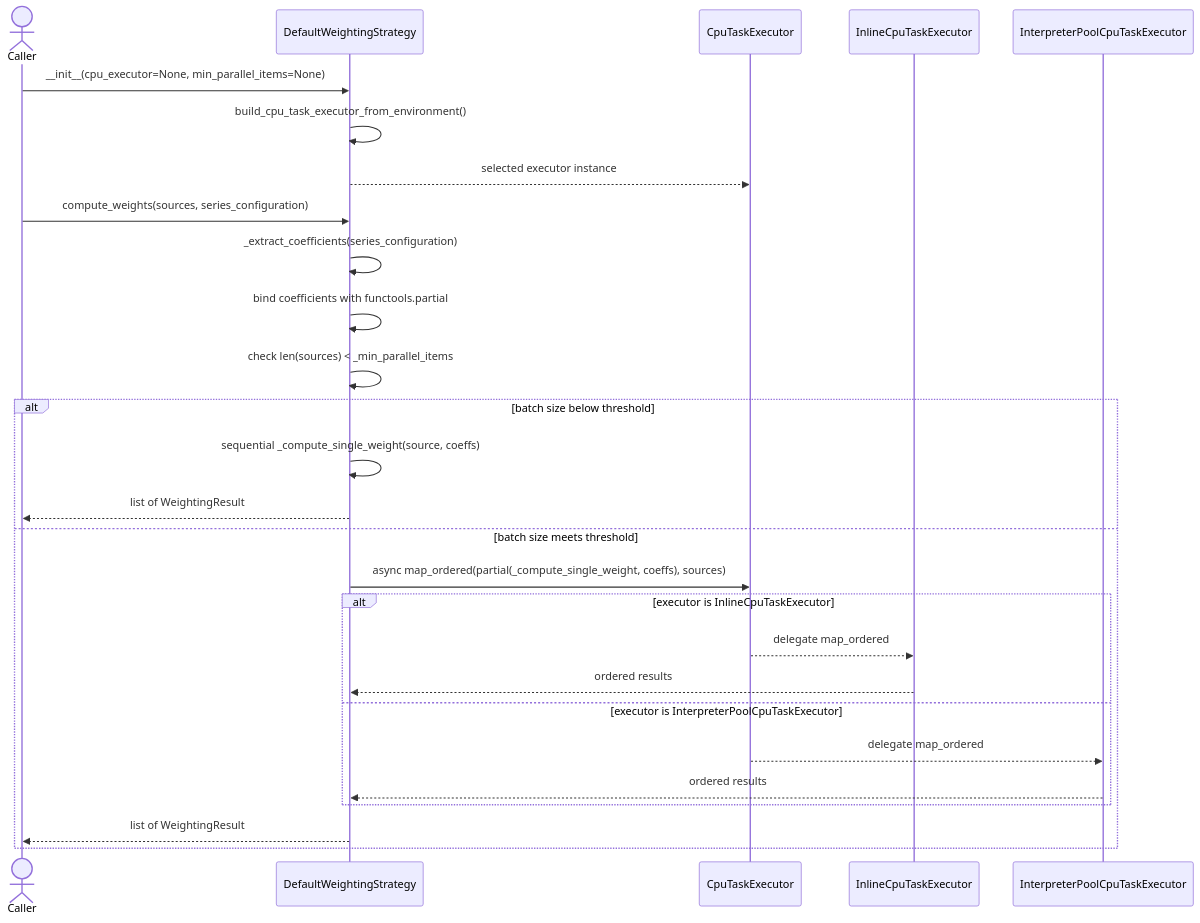
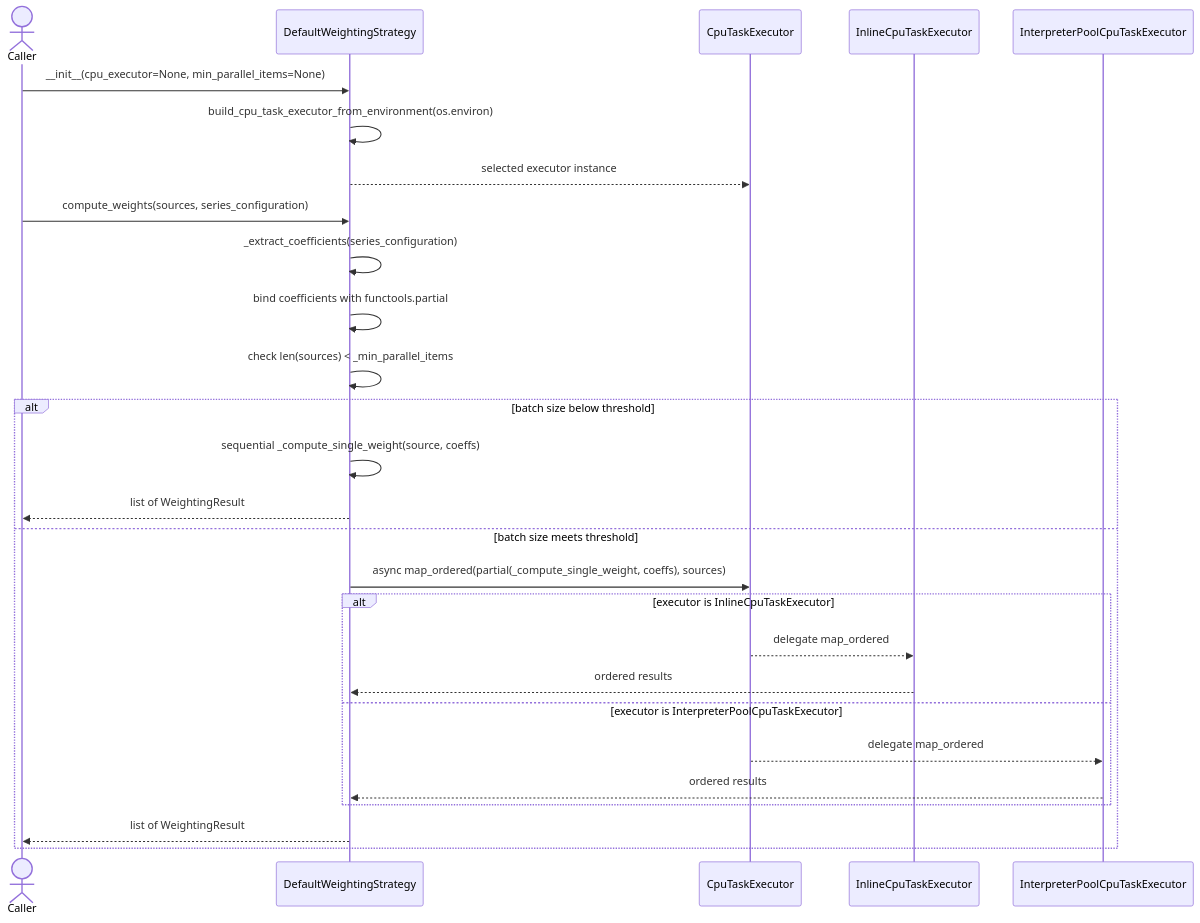
One commit to leynos/episodic changed the third of 17 diagrams in docs/episodic-podcast-generation-system-design.md. Above: the diagram before and after it, drawn with Mermaid. The commit also changed 8 other files, not shown here.

````diff
--- a/docs/episodic-podcast-generation-system-design.md
+++ b/docs/episodic-podcast-generation-system-design.md
@@ -712,32 +712,32 @@
 ```mermaid
 sequenceDiagram
     actor Caller
     participant DefaultWeightingStrategy
     participant CpuTaskExecutor
     participant InlineCpuTaskExecutor
     participant InterpreterPoolCpuTaskExecutor
 
     Caller->>DefaultWeightingStrategy: __init__(cpu_executor=None, min_parallel_items=None)
-    DefaultWeightingStrategy->>DefaultWeightingStrategy: build_cpu_task_executor_from_environment()
+    DefaultWeightingStrategy->>DefaultWeightingStrategy: build_cpu_task_executor_from_environment(os.environ)
     DefaultWeightingStrategy-->>CpuTaskExecutor: selected executor instance
 
     Caller->>DefaultWeightingStrategy: compute_weights(sources, series_configuration)
     DefaultWeightingStrategy->>DefaultWeightingStrategy: _extract_coefficients(series_configuration)
     DefaultWeightingStrategy->>DefaultWeightingStrategy: bind coefficients with functools.partial
     DefaultWeightingStrategy->>DefaultWeightingStrategy: check len(sources) < _min_parallel_items
 
     alt batch size below threshold
         DefaultWeightingStrategy->>DefaultWeightingStrategy: sequential _compute_single_weight(source, coeffs)
         DefaultWeightingStrategy-->>Caller: list of WeightingResult
     else batch size meets threshold
         DefaultWeightingStrategy->>CpuTaskExecutor: async map_ordered(partial(_compute_single_weight, coeffs), sources)
         alt executor is InlineCpuTaskExecutor
             CpuTaskExecutor-->>InlineCpuTaskExecutor: delegate map_ordered
             InlineCpuTaskExecutor-->>DefaultWeightingStrategy: ordered results
         else executor is InterpreterPoolCpuTaskExecutor
             CpuTaskExecutor-->>InterpreterPoolCpuTaskExecutor: delegate map_ordered
             InterpreterPoolCpuTaskExecutor-->>DefaultWeightingStrategy: ordered results
         end
         DefaultWeightingStrategy-->>Caller: list of WeightingResult
     end
 ```
````
